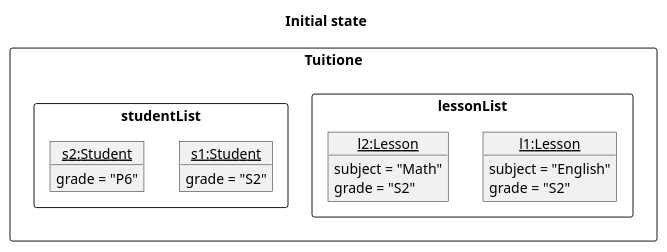
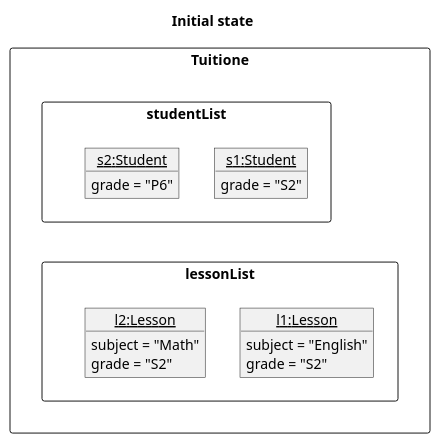
One commit to nus-cs2103-AY2122S1/tp changed the diagram in docs/diagrams/FilterState0.puml. Above: the diagram before and after it, drawn with PlantUML. The commit also changed 1 other file, not shown here.

Commit message:
Fix Filter State 0 Diagram

```diff
--- a/docs/diagrams/FilterState0.puml
+++ b/docs/diagrams/FilterState0.puml
@@ -1,29 +1,32 @@
 @startuml
 'https://plantuml.com/object-diagram
 
 title Initial state
 
 package Tuitione <<rectangle>> {
     package lessonList <<rectangle>> {
         object "<u>l1:Lesson" as Lesson1 {
         subject = "English"
         grade = "S2"
         }
 
         object "<u>l2:Lesson" as Lesson2 {
         subject = "Math"
         grade = "S2"
         }
     }
     package studentList <<rectangle>> {
         object "<u>s1:Student" as Student1 {
         grade = "S2"
         }
 
         object "<u>s2:Student" as Student2 {
         grade = "P6"
         }
     }
 }
 
+lessonList -[hidden]up-> studentList
+
+
 @end
```
